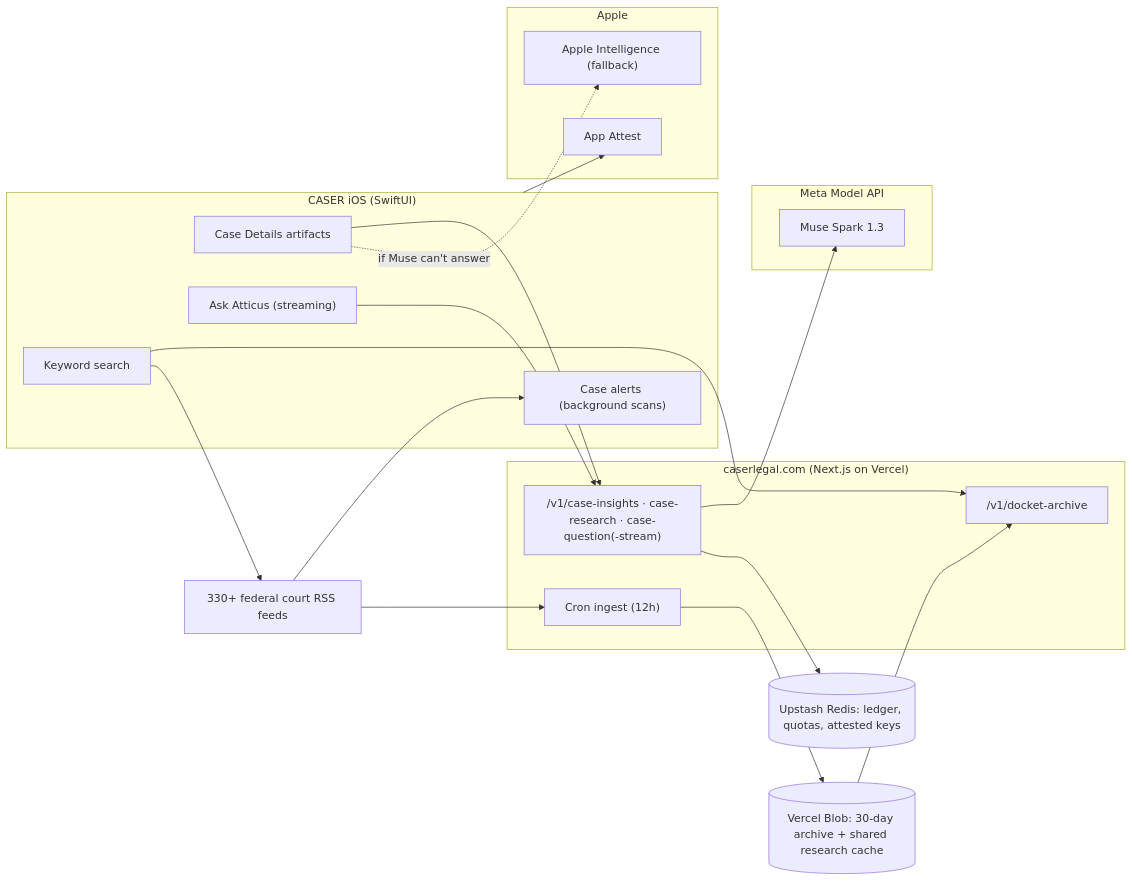
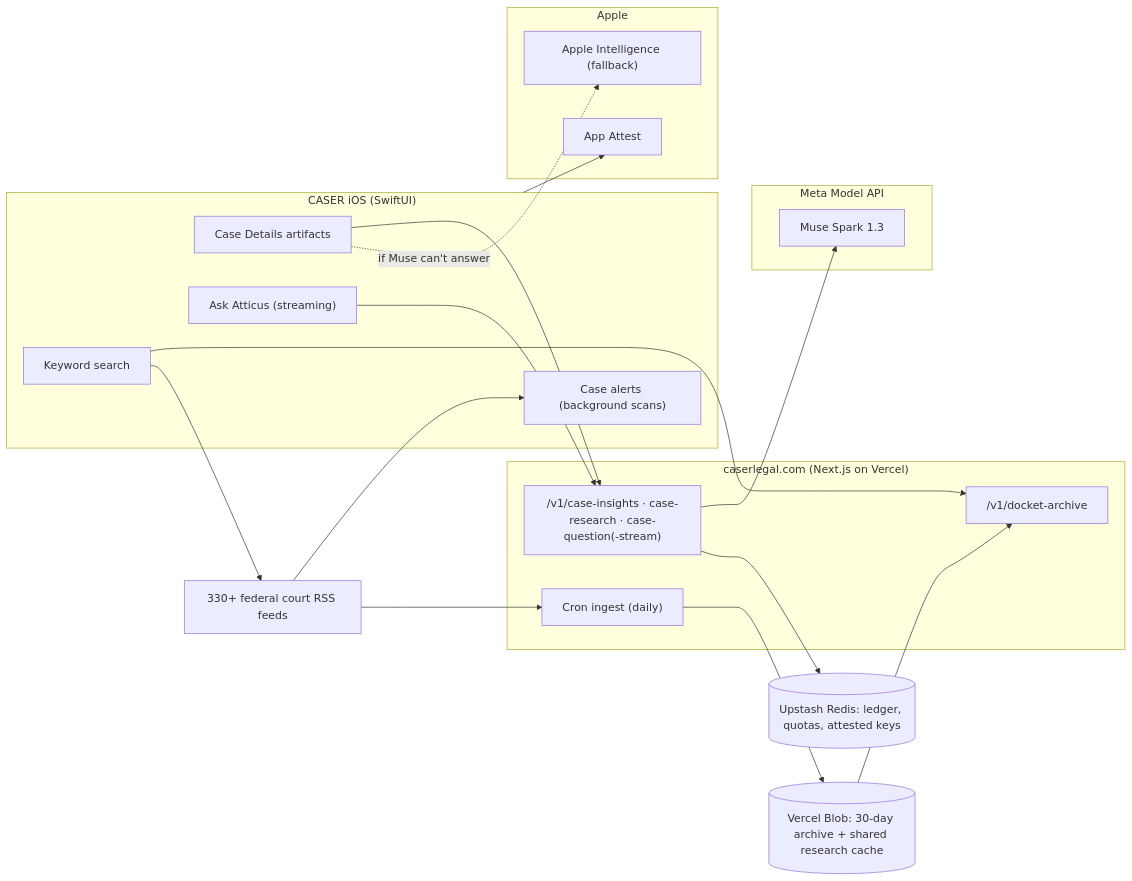
One commit to caser-legal/CASER-2.0 changed the diagram in README.md. Above: the diagram before and after it, drawn with Mermaid. The commit also changed other lines of this file, not shown here.

Commit message:
README: archive ingest runs daily; 333 court feeds; hackathon commit range

````diff
--- a/README.md
+++ b/README.md
@@ -148,33 +148,33 @@
 ```mermaid
 flowchart LR
     subgraph iPhone["CASER iOS (SwiftUI)"]
         Search["Keyword search"]
         Details["Case Details artifacts"]
         Ask["Ask Atticus (streaming)"]
         Alerts["Case alerts (background scans)"]
     end
     subgraph Web["caserlegal.com (Next.js on Vercel)"]
         API["/v1/case-insights · case-research · case-question(-stream)"]
         ArchiveAPI["/v1/docket-archive"]
-        Cron["Cron ingest (12h)"]
+        Cron["Cron ingest (daily)"]
     end
     subgraph Meta["Meta Model API"]
         Spark["Muse Spark 1.3"]
     end
     subgraph Apple["Apple"]
         Attest["App Attest"]
         AppleAI["Apple Intelligence (fallback)"]
     end
     Feeds["330+ federal court RSS feeds"] --> Cron
     Feeds --> Alerts
     Cron --> Blob[("Vercel Blob: 30-day archive + shared research cache")]
     Blob --> ArchiveAPI
     Search --> ArchiveAPI
     Search --> Feeds
     Details --> API
     Ask --> API
     API --> Spark
     API --> Redis[("Upstash Redis: ledger, quotas, attested keys")]
     iPhone --> Attest
     Details -. "if Muse can't answer" .-> AppleAI
 ```
````
